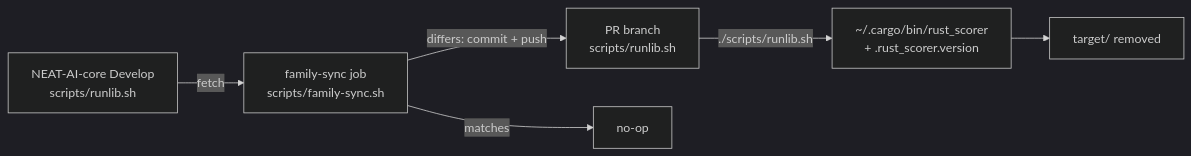
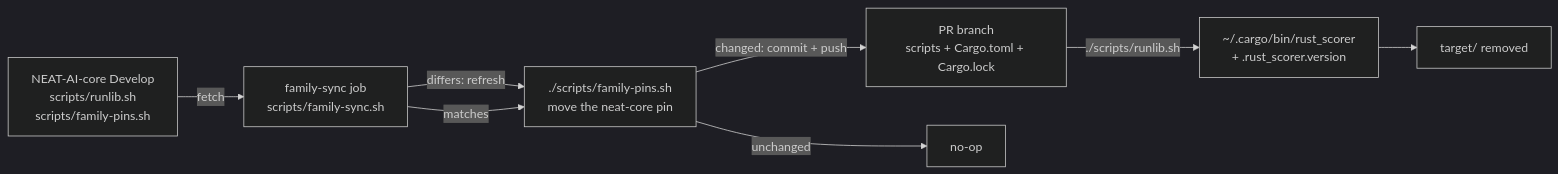
The first of 26 diagrams in README.md (stSoftwareAU/NEAT-AI-scorer), drawn with Mermaid (dark theme) before and after one commit. The commit also changed other lines of this file and 37 other files, not shown here.

First line of the commit message:
Pin neat-core to a release tag and refresh the pin on every PR (Issue #630) (#633)

````diff
--- a/README.md
+++ b/README.md
@@ -44,8 +44,10 @@
 ```mermaid
 flowchart LR
-    core["NEAT-AI-core Develop<br/>scripts/runlib.sh"] -->|fetch| sync["family-sync job<br/>scripts/family-sync.sh"]
-    sync -->|differs: commit + push| pr["PR branch<br/>scripts/runlib.sh"]
-    sync -->|matches| noop["no-op"]
+    core["NEAT-AI-core Develop<br/>scripts/runlib.sh<br/>scripts/family-pins.sh"] -->|fetch| sync["family-sync job<br/>scripts/family-sync.sh"]
+    sync -->|differs: refresh| pins["./scripts/family-pins.sh<br/>move the neat-core pin"]
+    sync -->|matches| pins
+    pins -->|"changed: commit + push"| pr["PR branch<br/>scripts + Cargo.toml + Cargo.lock"]
+    pins -->|unchanged| noop["no-op"]
     pr -->|"./scripts/runlib.sh"| install["~/.cargo/bin/rust_scorer<br/>+ .rust_scorer.version"]
     install --> clean["target/ removed"]
 ```
````
